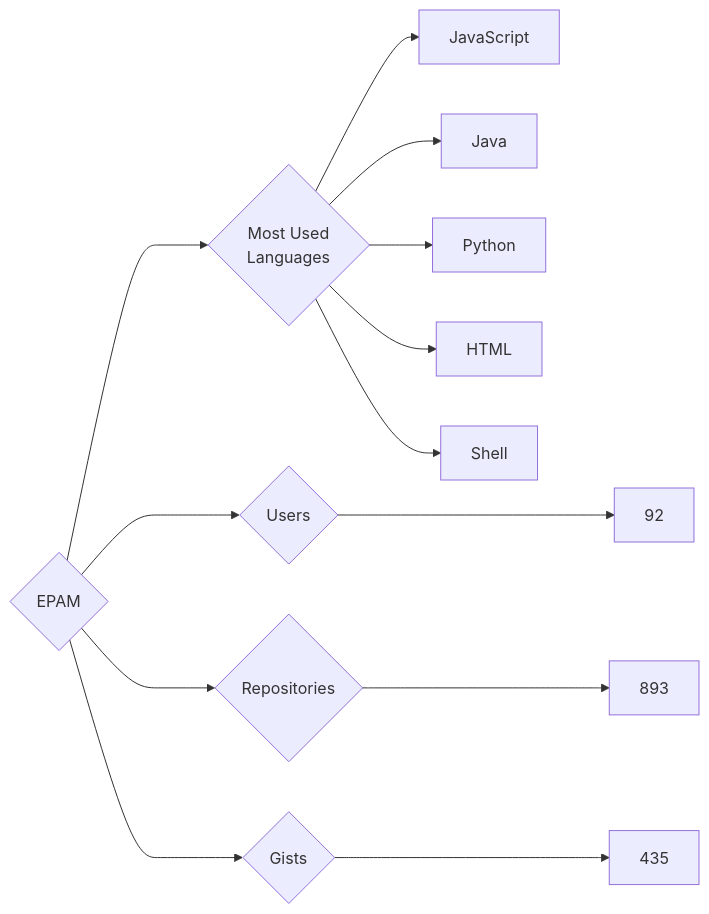
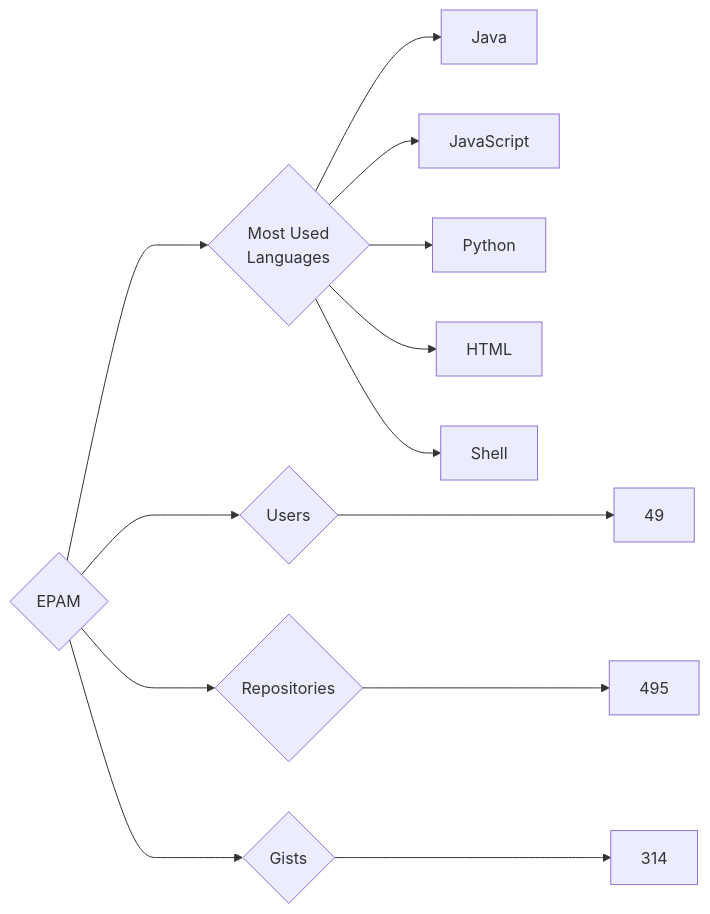
The diagram in targets/EPAM/README.md (trickest/insiders), drawn with Mermaid before and after one commit. The commit also changed 861 other files, not shown here.

````diff
--- a/targets/EPAM/README.md
+++ b/targets/EPAM/README.md
@@ -3,13 +3,13 @@
 ```mermaid
 graph LR
 COMPANY_NAME{EPAM}
-COMPANY_NAME ---> U{Users} ---> UN[92]
-COMPANY_NAME ---> R{Repositories} ---> RN[893]
-COMPANY_NAME ---> G{Gists} ---> GN[435]
+COMPANY_NAME ---> U{Users} ---> UN[49]
+COMPANY_NAME ---> R{Repositories} ---> RN[495]
+COMPANY_NAME ---> G{Gists} ---> GN[314]
 COMPANY_NAME ---> ML{Most Used<br>Languages}
+ML --> Java[Java]
 ML --> JavaScript[JavaScript]
-ML --> Java[Java]
 ML --> Python[Python]
 ML --> HTML[HTML]
 ML --> Shell[Shell]
 ```
````
